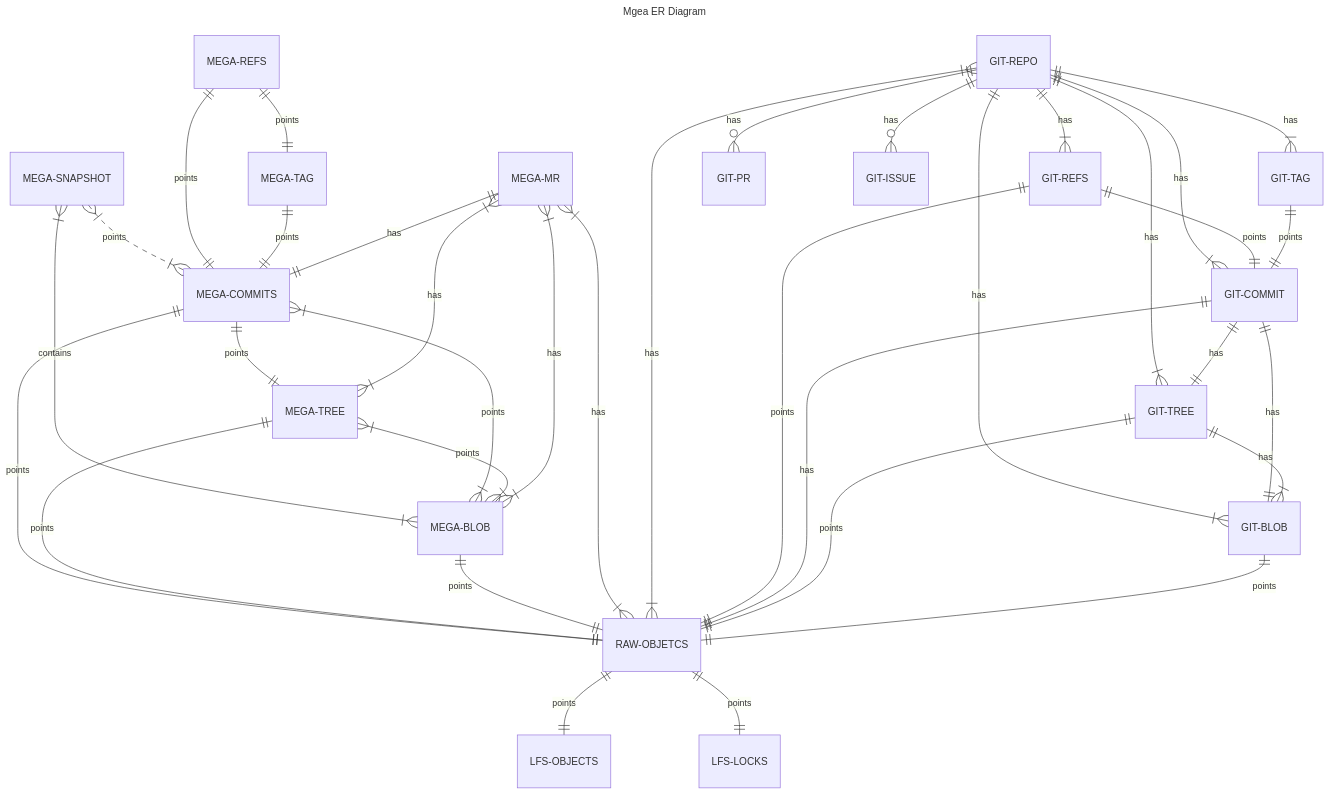
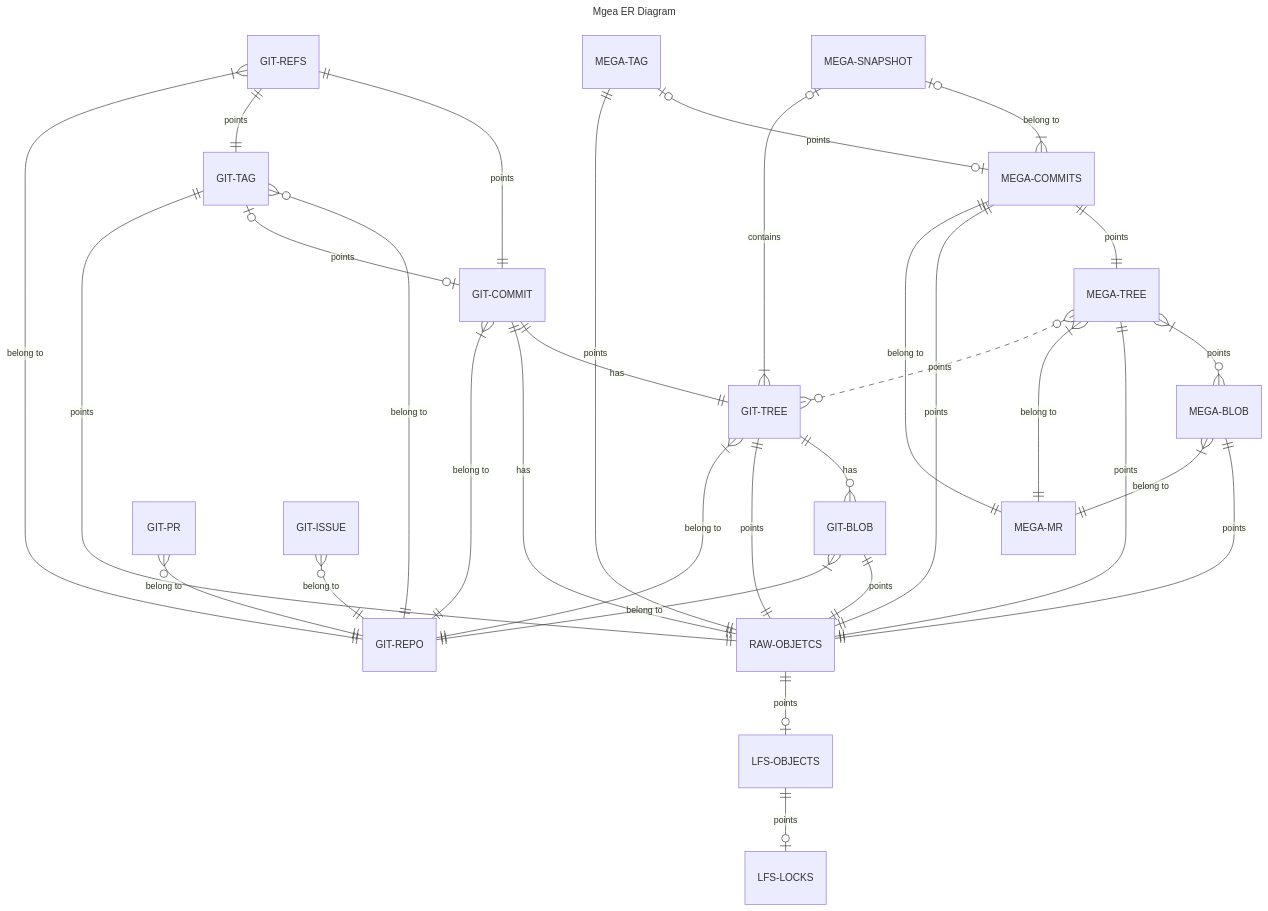
Before and after one commit to web3infra-foundation/mega: the diagram in docs/database.md, drawn with Mermaid. The commit also changed other lines of this file and 1 other file, not shown here.

Commit message:
refactor: remove mega_refs in db design

````diff
--- a/docs/database.md
+++ b/docs/database.md
@@ -58,49 +58,45 @@
   ```mermaid
   ---
   title: Mgea ER Diagram
   ---
 %%{init: {"theme": "default", "themeCSS": ["[id*=m] .er.entityBox { fill: orange;}"]}}%%
 
 erDiagram
-    msnap["MEGA-SNAPSHOT"] mrf["MEGA-REFS"] mc["MEGA-COMMITS"] mt["MEGA-TREE"] mb["MEGA-BLOB"] mtag["MEGA-TAG"] mmr["MEGA-MR"]
+    msnap["MEGA-SNAPSHOT"] mc["MEGA-COMMITS"] mt["MEGA-TREE"] mb["MEGA-BLOB"] mtag["MEGA-TAG"] mmr["MEGA-MR"]
     grp["GIT-REPO"] grf["GIT-REFS"] gc["GIT-COMMIT"] gt["GIT-TREE"] gb["GIT-BLOB"] gtag["GIT-TAG"] gp["GIT-PR"] gi["GIT-ISSUE"]
     raw["RAW-OBJETCS"]
     lo["LFS-OBJECTS"] lk["LFS-LOCKS"]
 
-    msnap }|..|{ mc : points
-    msnap }|--|{ mb : contains
-    mrf ||--|| mc : points
-    mrf ||--|| mtag : points
+    msnap |o--|{ mc : "belong to"
+    msnap |o--|{ gt : contains
     mc ||--|| mt : points
-    mc }|--|{ mb : points
     mc ||--|| raw : points
-    mt }|--|{ mb : points
+    mc ||--|| mmr : "belong to"
+    mt }|--o{ mb : points
     mt ||--|| raw : points
+    mt }|--|| mmr : "belong to"
+    mt }o..o{ gt : points
     mb ||--|| raw : points
-    mtag ||--|| mc : points
-    mmr ||--|| mc : has
-    mmr }|--|{ mt : has
-    mmr }|--|{ mb : has
-    mmr }|--|{ raw : has
-    raw ||--|| lo : points
-    raw ||--|| lk : points
-
-    grp ||--|{ grf : has
-    grp ||--|{ gc : has
-    grp ||--|{ gt : has
-    grp ||--|{ gb : has
-    grp ||--|{ gtag : has
-    grp ||--o{ gp : has
-    grp ||--o{ gi : has
-    grp }|--|{ raw : has
+    mb }|--|| mmr : "belong to"
+    mtag |o--o| mc : points
+    mtag ||--|| raw : points
+    raw ||--o| lo : points
+    lo ||--o| lk : points
+    gp }o--|| grp : "belong to"
+    gi }o--|| grp : "belong to"
     grf ||--|| gc : points
-    grf ||--|| raw: points
+    grf ||--|| gtag : points
+    grf }|--|| grp : "belong to"
     gc ||--|| gt : has
-    gc ||--|| gb : has
     gc ||--|| raw : has
-    gt ||--|{ gb : has
+    gc }|--|| grp : "belong to"
+    gt ||--o{ gb : has
     gt ||--|| raw : points
+    gt }|--|| grp : "belong to"
     gb ||--|| raw : points
-    gtag ||--|| gc : points
+    gb }|--|| grp : "belong to"
+    gtag }o--|| grp : "belong to"
+    gtag |o--o| gc : points
+    gtag ||--|| raw : points
 
   ```
````
